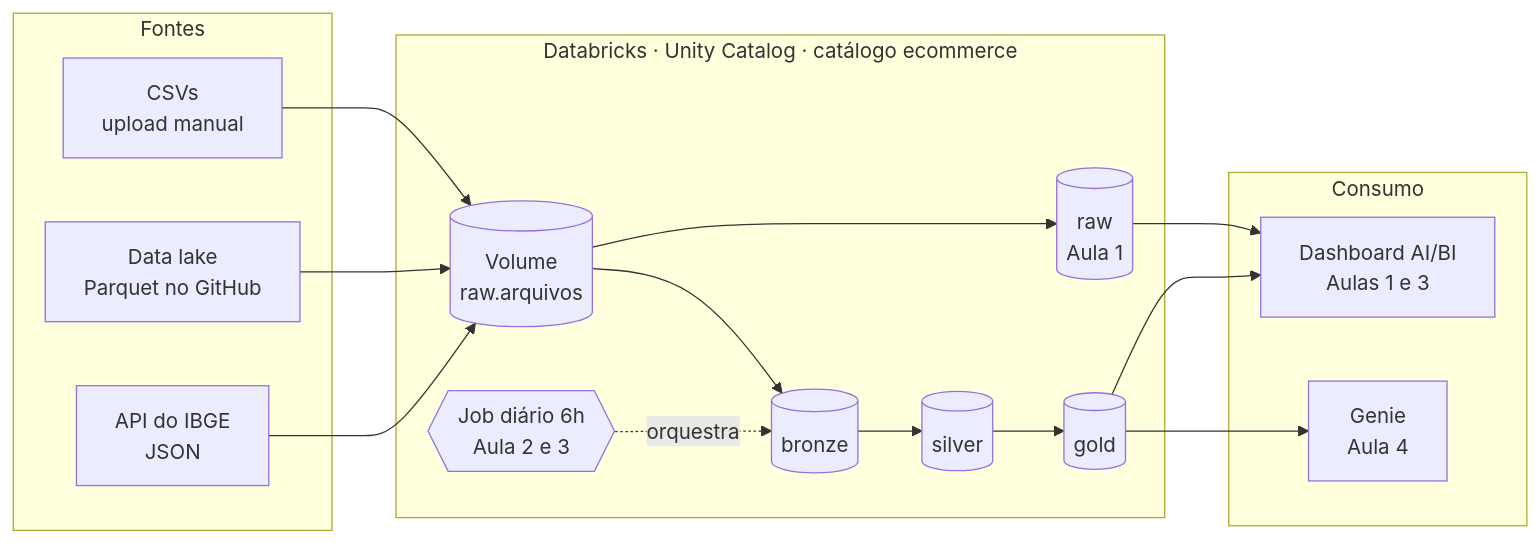
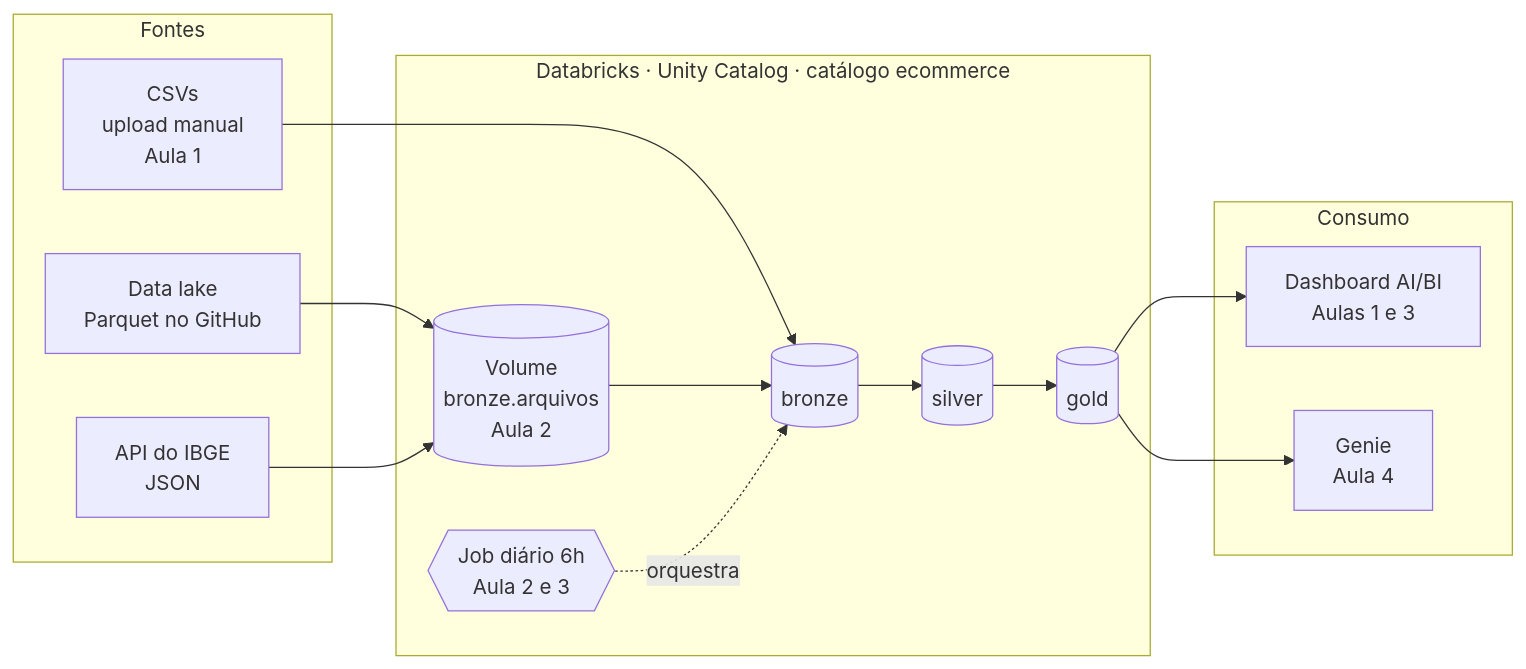
Before and after one commit to EversonRodrigues/Imersao-Jornada-Databricks: the diagram in README.md, drawn with Mermaid. The commit also changed other lines of this file and 11 other files, not shown here.

First line of the commit message:
Aula 1 mais gradual e camada raw substituída pela bronze

````diff
--- a/README.md
+++ b/README.md
@@ -42,30 +42,29 @@
 ```mermaid
 flowchart LR
     subgraph Fontes
         GH[Data lake<br/>Parquet no GitHub]
         API[API do IBGE<br/>JSON]
-        CSV[CSVs<br/>upload manual]
+        CSV[CSVs<br/>upload manual<br/>Aula 1]
     end
 
     subgraph Databricks["Databricks · Unity Catalog · catálogo ecommerce"]
-        VOL[(Volume<br/>raw.arquivos)]
-        RAW[(raw<br/>Aula 1)]
+        VOL[(Volume<br/>bronze.arquivos<br/>Aula 2)]
         BR[(bronze)]
         SI[(silver)]
         GO[(gold)]
         JOB{{Job diário 6h<br/>Aula 2 e 3}}
     end
 
     subgraph Consumo
         DASH[Dashboard AI/BI<br/>Aulas 1 e 3]
         GEN[Genie<br/>Aula 4]
     end
 
-    CSV --> VOL --> RAW --> DASH
+    CSV --> BR
     GH --> VOL
     API --> VOL
     VOL --> BR --> SI --> GO
     JOB -.orquestra.-> BR
     GO --> DASH
     GO --> GEN
 ```
````
